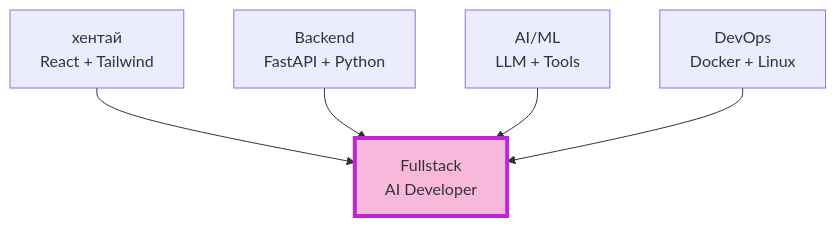
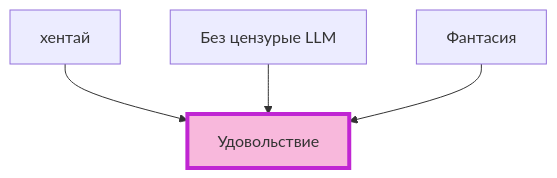
One commit to Mail20060Zma/Mail20060zma changed the diagram in README.md. Above: the diagram before and after it, drawn with Mermaid.

````diff
--- a/README.md
+++ b/README.md
@@ -14,9 +14,9 @@
 ```mermaid
 graph TB
-    A[хентай<br/>React + Tailwind] --> B[Fullstack<br/>AI Developer]
-    C[Backend<br/>FastAPI + Python] --> B
-    D[AI/ML<br/>LLM + Tools] --> B
-    E[DevOps<br/>Docker + Linux] --> B
+    A[хентай] --> B[Fullstack<br/>AI Developer]
+    C[Без цензурые LLM] --> B
+    D[Фантасия] --> B
+    B[Удовольствие]
     
     style B fill:#F8B8DC,stroke:#C026D3,stroke-width:4px
 ```
````
